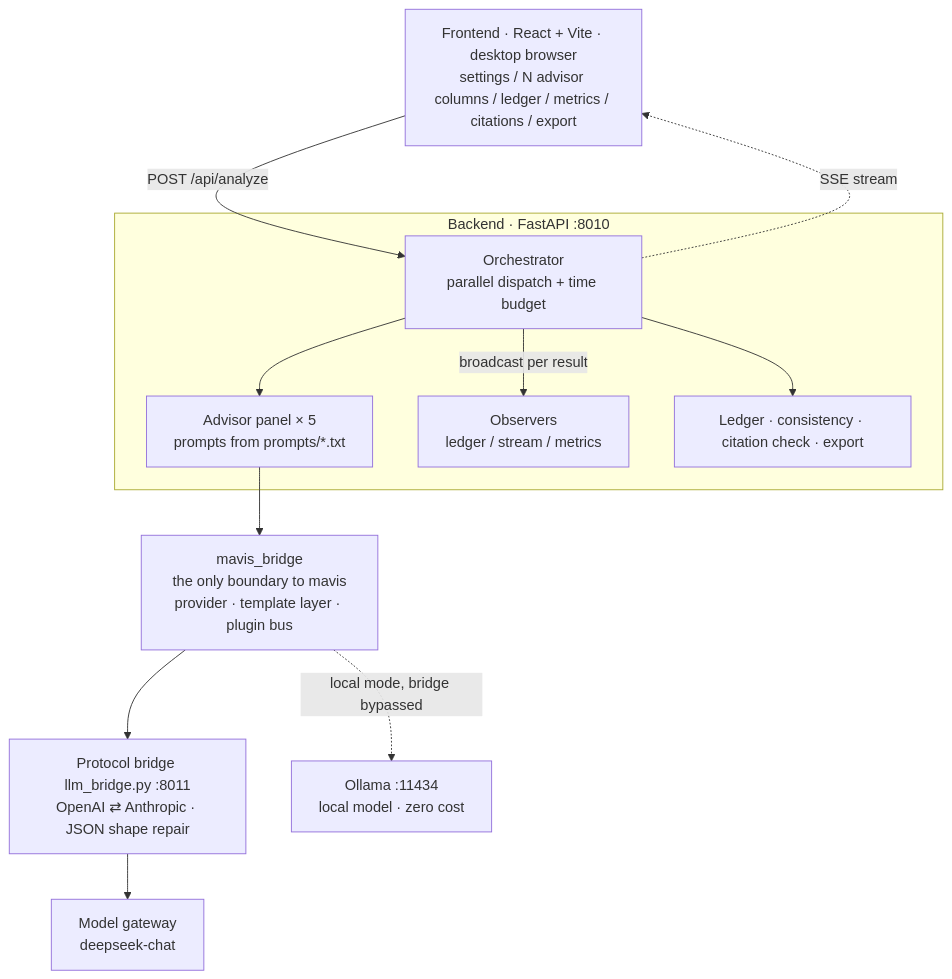
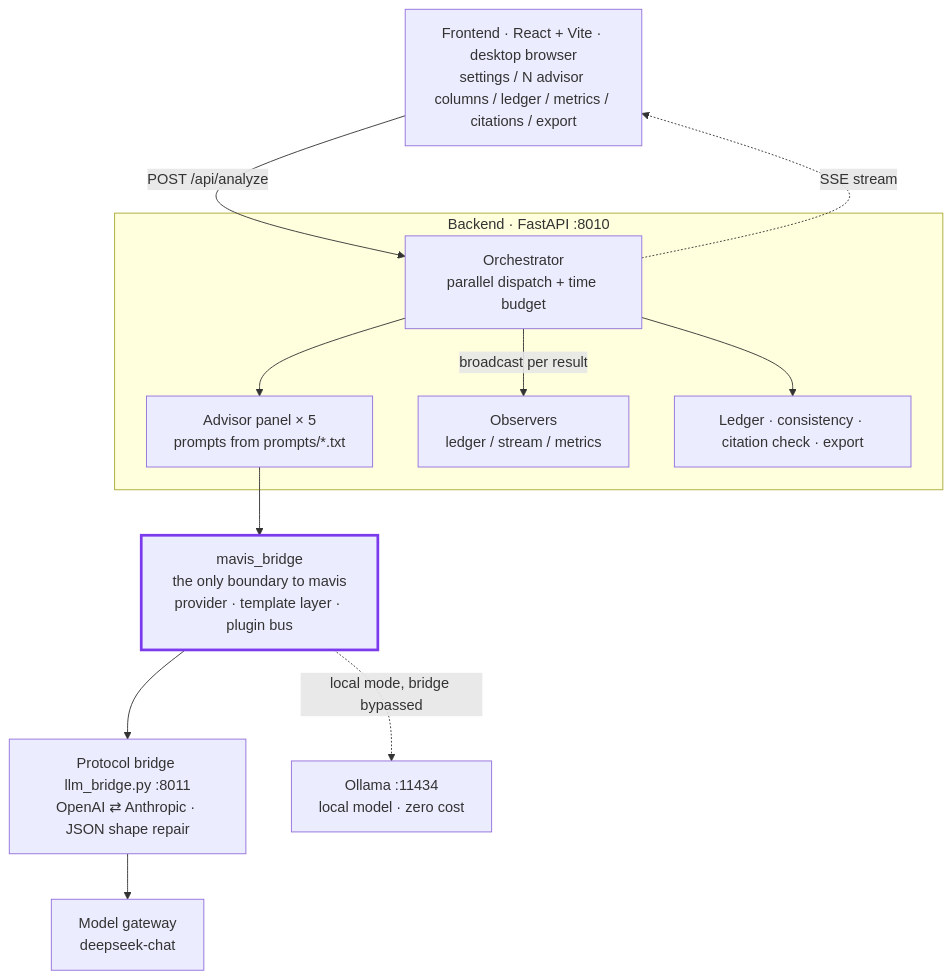
One commit to hellobs/ai-debater changed the diagram in README.en.md. Above: the diagram before and after it, drawn with Mermaid. The commit also changed other lines of this file and 17 other files, not shown here.

````diff
--- a/README.en.md
+++ b/README.en.md
@@ -102,26 +195,29 @@
 ```mermaid
 flowchart TB
     FE["Frontend · React + Vite · desktop browser<br/>settings / N advisor columns / ledger / metrics / citations / export"]
 
     subgraph BE["Backend · FastAPI :8010"]
         OR["Orchestrator<br/>parallel dispatch + time budget"]
         ADV["Advisor panel × 5<br/>prompts from prompts/*.txt"]
         OBS["Observers<br/>ledger / stream / metrics"]
         AUX["Ledger · consistency · citation check · export"]
     end
 
     MB["mavis_bridge<br/>the only boundary to mavis<br/>provider · template layer · plugin bus"]
     BR["Protocol bridge llm_bridge.py :8011<br/>OpenAI ⇄ Anthropic · JSON shape repair"]
     GW["Model gateway<br/>deepseek-chat"]
     OL["Ollama :11434<br/>local model · zero cost"]
 
     FE -- "POST /api/analyze" --> OR
     OR -. "SSE stream" .-> FE
     OR --> ADV
     OR -- "broadcast per result" --> OBS
     ADV --> MB
     MB --> BR
     BR --> GW
     MB -. "local mode, bridge bypassed" .-> OL
     OR --> AUX
+
+    classDef mavis stroke:#7c3aed,stroke-width:3px
+    class MB mavis
 ```
````
